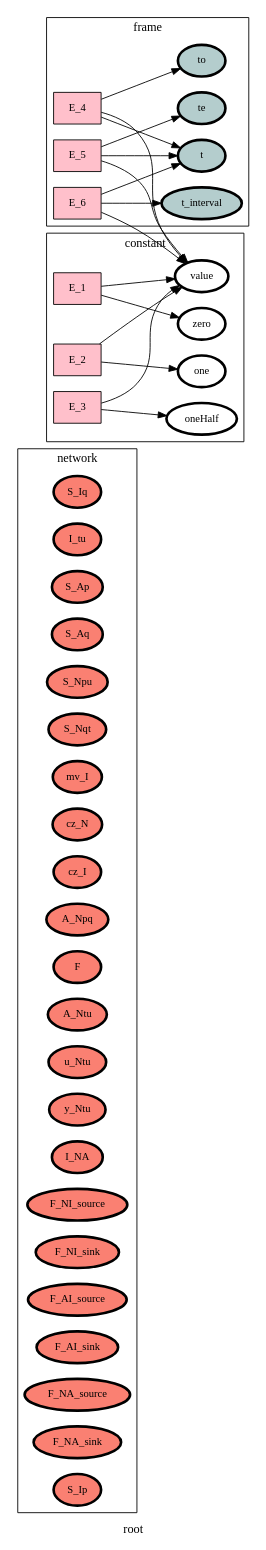
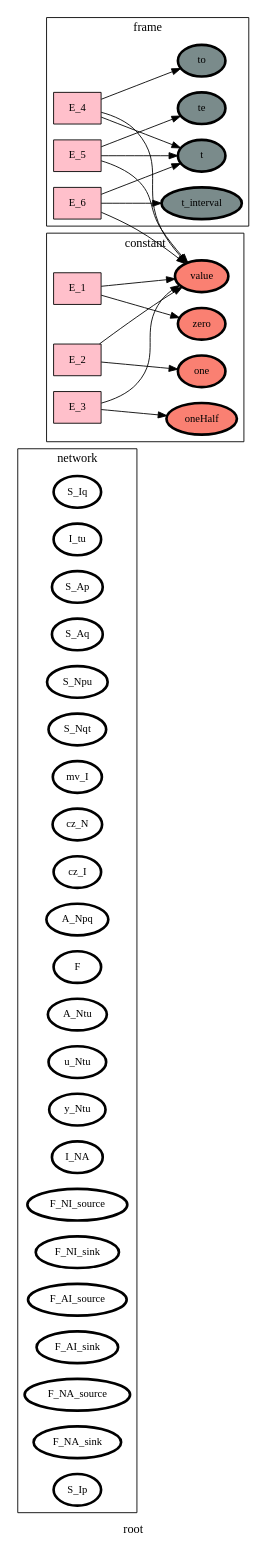
One commit to heinz-preisig/processes_000_HAP changed the diagram in ontology_graphs/graph__root.dot. Above: the diagram before and after it, drawn with Graphviz. The commit also changed 35 other files, not shown here.

```diff
--- a/ontology_graphs/graph__root.dot
+++ b/ontology_graphs/graph__root.dot
@@ -1,75 +1,75 @@
 digraph root {
 label=root;
 rankdir=LR;
 subgraph cluster_root___network {
 label=network;
 rankdir=LR;
-V_10 [fillcolor=salmon, fontsize=12, label=S_Iq, penwidth=3, style=filled];
-V_11 [fillcolor=salmon, fontsize=12, label=I_tu, penwidth=3, style=filled];
-V_12 [fillcolor=salmon, fontsize=12, label=S_Ap, penwidth=3, style=filled];
-V_13 [fillcolor=salmon, fontsize=12, label=S_Aq, penwidth=3, style=filled];
-V_14 [fillcolor=salmon, fontsize=12, label=S_Npu, penwidth=3, style=filled];
-V_15 [fillcolor=salmon, fontsize=12, label=S_Nqt, penwidth=3, style=filled];
-V_16 [fillcolor=salmon, fontsize=12, label=mv_I, penwidth=3, style=filled];
-V_17 [fillcolor=salmon, fontsize=12, label=cz_N, penwidth=3, style=filled];
-V_18 [fillcolor=salmon, fontsize=12, label=cz_I, penwidth=3, style=filled];
-V_19 [fillcolor=salmon, fontsize=12, label=A_Npq, penwidth=3, style=filled];
-V_2 [fillcolor=salmon, fontsize=12, label=F, penwidth=3, style=filled];
-V_20 [fillcolor=salmon, fontsize=12, label=A_Ntu, penwidth=3, style=filled];
-V_21 [fillcolor=salmon, fontsize=12, label=u_Ntu, penwidth=3, style=filled];
-V_22 [fillcolor=salmon, fontsize=12, label=y_Ntu, penwidth=3, style=filled];
-V_27 [fillcolor=salmon, fontsize=12, label=I_NA, penwidth=3, style=filled];
-V_3 [fillcolor=salmon, fontsize=12, label=F_NI_source, penwidth=3, style=filled];
-V_4 [fillcolor=salmon, fontsize=12, label=F_NI_sink, penwidth=3, style=filled];
-V_5 [fillcolor=salmon, fontsize=12, label=F_AI_source, penwidth=3, style=filled];
-V_6 [fillcolor=salmon, fontsize=12, label=F_AI_sink, penwidth=3, style=filled];
-V_7 [fillcolor=salmon, fontsize=12, label=F_NA_source, penwidth=3, style=filled];
-V_8 [fillcolor=salmon, fontsize=12, label=F_NA_sink, penwidth=3, style=filled];
-V_9 [fillcolor=salmon, fontsize=12, label=S_Ip, penwidth=3, style=filled];
+V_10 [fillcolor=white, fontsize=12, label=S_Iq, penwidth=3, style=filled];
+V_11 [fillcolor=white, fontsize=12, label=I_tu, penwidth=3, style=filled];
+V_12 [fillcolor=white, fontsize=12, label=S_Ap, penwidth=3, style=filled];
+V_13 [fillcolor=white, fontsize=12, label=S_Aq, penwidth=3, style=filled];
+V_14 [fillcolor=white, fontsize=12, label=S_Npu, penwidth=3, style=filled];
+V_15 [fillcolor=white, fontsize=12, label=S_Nqt, penwidth=3, style=filled];
+V_16 [fillcolor=white, fontsize=12, label=mv_I, penwidth=3, style=filled];
+V_17 [fillcolor=white, fontsize=12, label=cz_N, penwidth=3, style=filled];
+V_18 [fillcolor=white, fontsize=12, label=cz_I, penwidth=3, style=filled];
+V_19 [fillcolor=white, fontsize=12, label=A_Npq, penwidth=3, style=filled];
+V_2 [fillcolor=white, fontsize=12, label=F, penwidth=3, style=filled];
+V_20 [fillcolor=white, fontsize=12, label=A_Ntu, penwidth=3, style=filled];
+V_21 [fillcolor=white, fontsize=12, label=u_Ntu, penwidth=3, style=filled];
+V_22 [fillcolor=white, fontsize=12, label=y_Ntu, penwidth=3, style=filled];
+V_27 [fillcolor=white, fontsize=12, label=I_NA, penwidth=3, style=filled];
+V_3 [fillcolor=white, fontsize=12, label=F_NI_source, penwidth=3, style=filled];
+V_4 [fillcolor=white, fontsize=12, label=F_NI_sink, penwidth=3, style=filled];
+V_5 [fillcolor=white, fontsize=12, label=F_AI_source, penwidth=3, style=filled];
+V_6 [fillcolor=white, fontsize=12, label=F_AI_sink, penwidth=3, style=filled];
+V_7 [fillcolor=white, fontsize=12, label=F_NA_source, penwidth=3, style=filled];
+V_8 [fillcolor=white, fontsize=12, label=F_NA_sink, penwidth=3, style=filled];
+V_9 [fillcolor=white, fontsize=12, label=S_Ip, penwidth=3, style=filled];
 }
 
 E_4 -> V_1  [splines=ortho];
 E_4 -> V_101  [splines=ortho];
 E_5 -> V_1  [splines=ortho];
 E_5 -> V_101  [splines=ortho];
 E_6 -> V_1  [splines=ortho];
 E_6 -> V_101  [splines=ortho];
 subgraph cluster_root___frame {
 label=frame;
 rankdir=LR;
-V_1 [fillcolor=lightcyan3, fontsize=12, label=t, penwidth=3, style=filled];
-V_105 [fillcolor=lightcyan3, fontsize=12, label=to, penwidth=3, style=filled];
-V_106 [fillcolor=lightcyan3, fontsize=12, label=te, penwidth=3, style=filled];
-V_107 [fillcolor=lightcyan3, fontsize=12, label=t_interval, penwidth=3, style=filled];
+V_1 [fillcolor=lightcyan4, fontsize=12, label=t, penwidth=3, style=filled];
+V_105 [fillcolor=lightcyan4, fontsize=12, label=to, penwidth=3, style=filled];
+V_106 [fillcolor=lightcyan4, fontsize=12, label=te, penwidth=3, style=filled];
+V_107 [fillcolor=lightcyan4, fontsize=12, label=t_interval, penwidth=3, style=filled];
 E_4 [fillcolor=pink, fontsize=12, shape=box, style=filled];
 E_4 -> V_105  [splines=ortho];
 E_5 [fillcolor=pink, fontsize=12, shape=box, style=filled];
 E_5 -> V_106  [splines=ortho];
 E_6 [fillcolor=pink, fontsize=12, shape=box, style=filled];
 E_6 -> V_107  [splines=ortho];
 }
 
 subgraph cluster_root___state {
 label=state;
 rankdir=LR;
 }
 
 E_1 -> V_101  [splines=ortho];
 E_2 -> V_101  [splines=ortho];
 E_3 -> V_101  [splines=ortho];
 subgraph cluster_root___constant {
 label=constant;
 rankdir=LR;
-V_101 [fillcolor=white, fontsize=12, label=value, penwidth=3, style=filled];
-V_102 [fillcolor=white, fontsize=12, label=zero, penwidth=3, style=filled];
-V_103 [fillcolor=white, fontsize=12, label=one, penwidth=3, style=filled];
-V_104 [fillcolor=white, fontsize=12, label=oneHalf, penwidth=3, style=filled];
+V_101 [fillcolor=salmon, fontsize=12, label=value, penwidth=3, style=filled];
+V_102 [fillcolor=salmon, fontsize=12, label=zero, penwidth=3, style=filled];
+V_103 [fillcolor=salmon, fontsize=12, label=one, penwidth=3, style=filled];
+V_104 [fillcolor=salmon, fontsize=12, label=oneHalf, penwidth=3, style=filled];
 E_1 [fillcolor=pink, fontsize=12, shape=box, style=filled];
 E_1 -> V_102  [splines=ortho];
 E_2 [fillcolor=pink, fontsize=12, shape=box, style=filled];
 E_2 -> V_103  [splines=ortho];
 E_3 [fillcolor=pink, fontsize=12, shape=box, style=filled];
 E_3 -> V_104  [splines=ortho];
 }
 
 }
```
